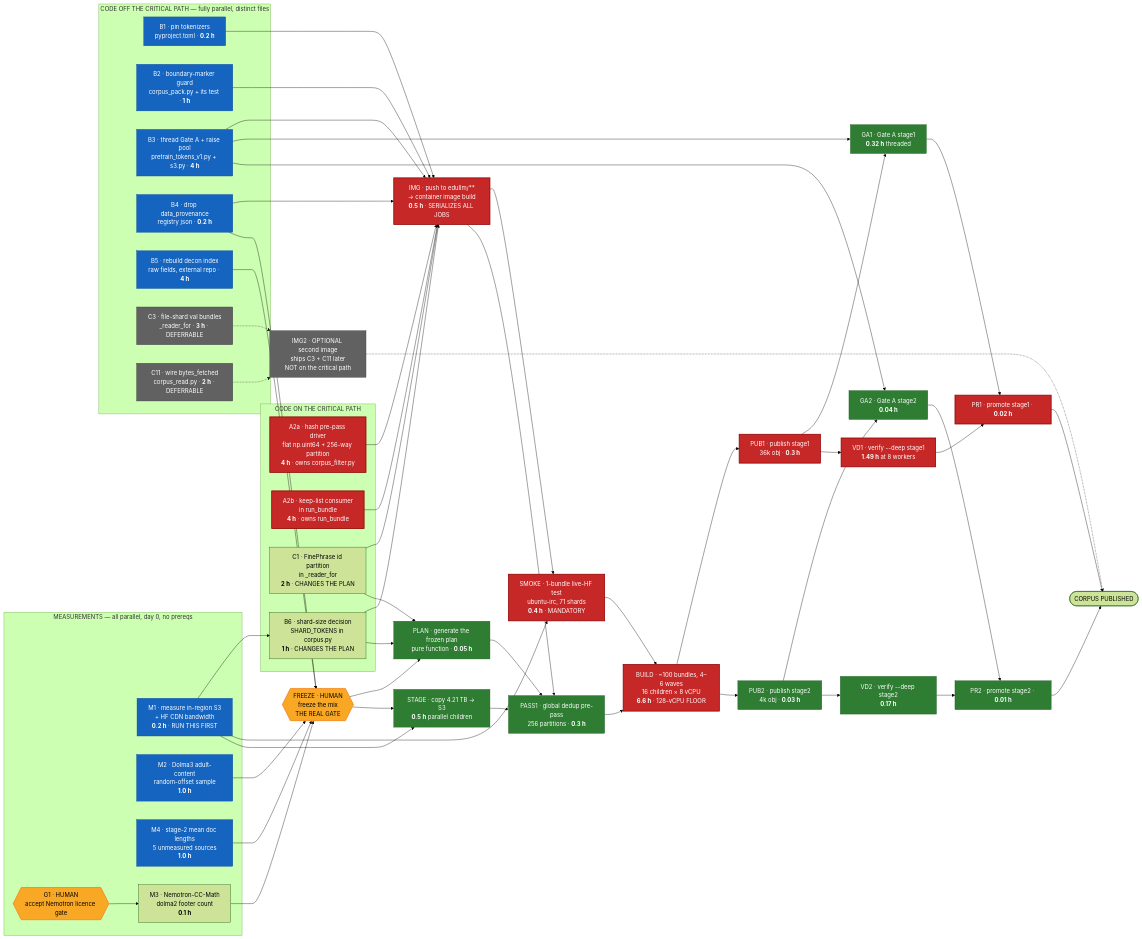
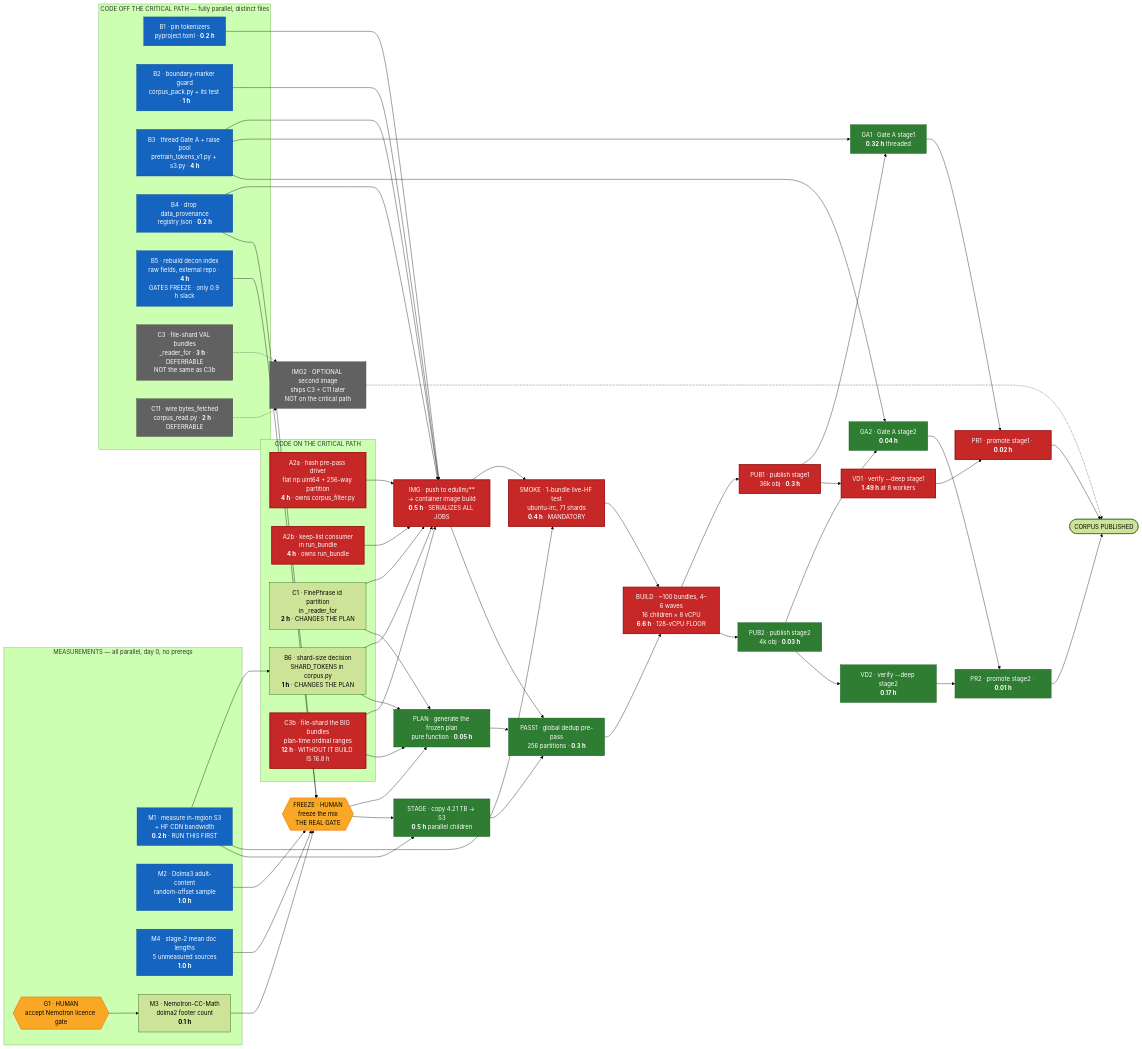
One commit to edu-llm/edullm-data changed the diagram in docs/BUILD-DEPENDENCY-GRAPH.md. Above: the diagram before and after it, drawn with Mermaid (forest theme). The commit also changed other lines of this file and 10 other files, not shown here.

```diff
--- a/docs/BUILD-DEPENDENCY-GRAPH.md
+++ b/docs/BUILD-DEPENDENCY-GRAPH.md
@@ -45,6 +62,7 @@
         A2b["A2b · keep-list consumer<br/>in run_bundle<br/><b>4 h</b> · owns run_bundle"]
         C1["C1 · FinePhrase id partition<br/>in _reader_for<br/><b>2 h</b> · CHANGES THE PLAN"]
         B6["B6 · shard-size decision<br/>SHARD_TOKENS in corpus.py<br/><b>1 h</b> · CHANGES THE PLAN"]
+        C3b["C3b · file-shard the BIG bundles<br/>plan-time ordinal ranges<br/><b>12 h</b> · WITHOUT IT BUILD IS 16.8 h"]
     end
 
     subgraph CODE_PAR["CODE OFF THE CRITICAL PATH — fully parallel, distinct files"]
@@ -52,8 +70,8 @@
         B2["B2 · boundary-marker guard<br/>corpus_pack.py + its test · <b>1 h</b>"]
         B3["B3 · thread Gate A + raise pool<br/>pretrain_tokens_v1.py + s3.py · <b>4 h</b>"]
         B4["B4 · drop data_provenance<br/>registry json · <b>0.2 h</b>"]
-        B5["B5 · rebuild decon index<br/>raw fields, external repo · <b>4 h</b>"]
-        C3["C3 · file-shard val bundles<br/>_reader_for · <b>3 h</b> · DEFERRABLE"]
+        B5["B5 · rebuild decon index<br/>raw fields, external repo · <b>4 h</b><br/>GATES FREEZE · only 0.9 h slack"]
+        C3["C3 · file-shard VAL bundles<br/>_reader_for · <b>3 h</b> · DEFERRABLE<br/>NOT the same as C3b"]
         C11["C11 · wire bytes_fetched<br/>corpus_read.py · <b>2 h</b> · DEFERRABLE"]
     end
 
@@ -85,6 +103,7 @@
     A2b --> IMG
     C1 --> IMG
     B6 --> IMG
+    C3b --> IMG
     B1 --> IMG
     B2 --> IMG
     B3 --> IMG
@@ -92,6 +111,7 @@
 
     C1 --> PLAN
     B6 --> PLAN
+    C3b --> PLAN
     M2 --> FREEZE
     M3 --> FREEZE
     M4 --> FREEZE
@@ -134,7 +154,7 @@
     classDef job fill:#2e7d32,color:#fff,stroke:#1b5e20
     classDef defer fill:#616161,color:#fff,stroke:#424242
 
-    class A2a,A2b,IMG,SMOKE,BUILD,PUB1,VD1,PR1 crit
+    class A2a,A2b,C3b,IMG,SMOKE,BUILD,PUB1,VD1,PR1 crit
     class B1,B2,B3,B4,B5,M1,M2,M4 par
     class C3,C11,IMG2 defer
     class G1,FREEZE human
```
